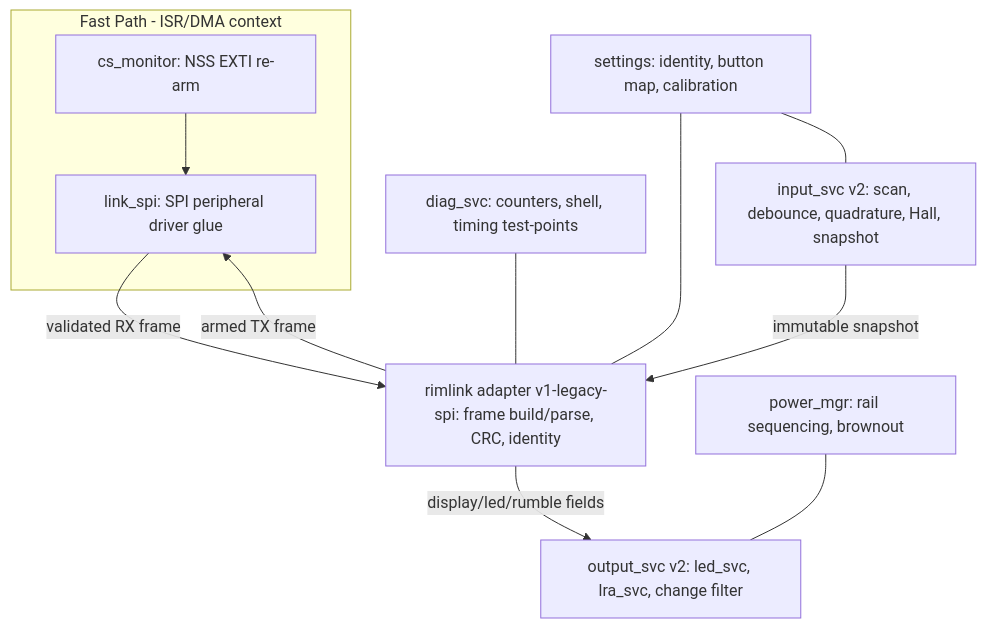
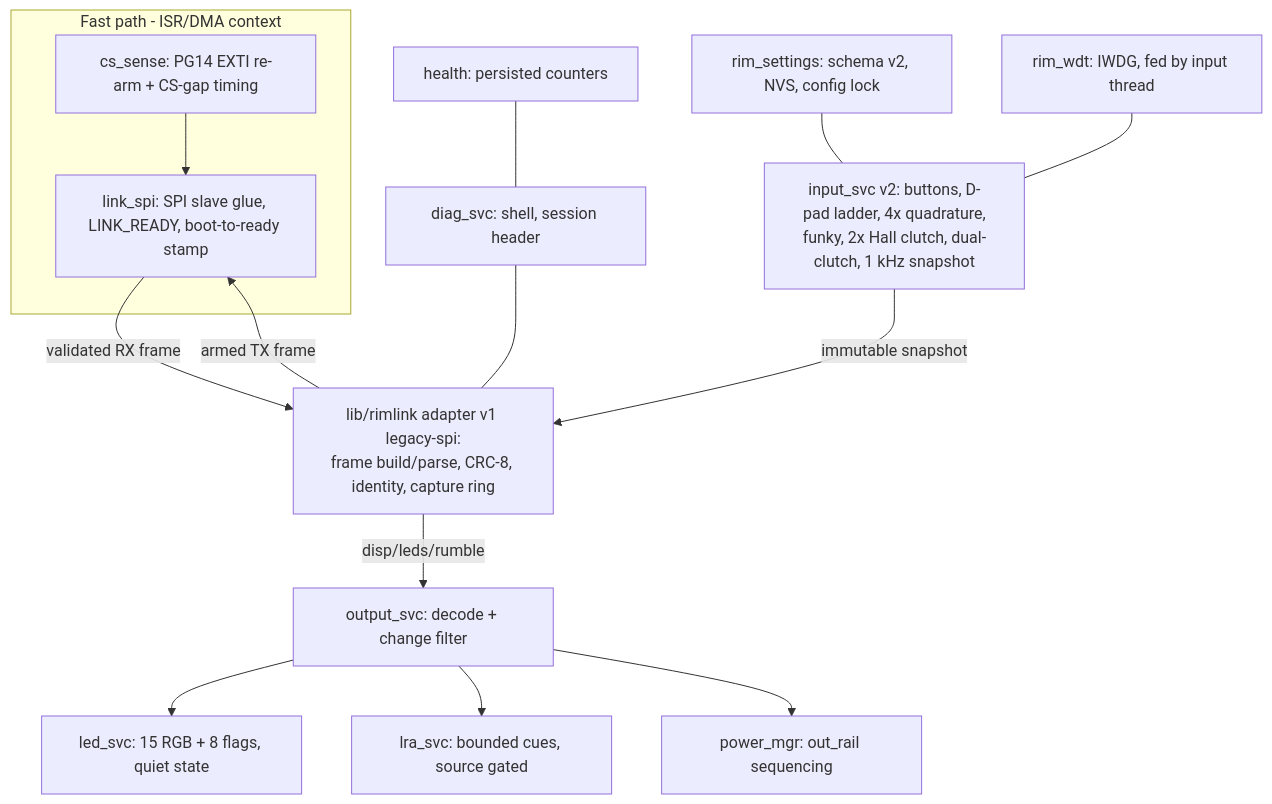
One commit to nguyentri/fanatec-wheel changed the diagram in docs/specs/steering_wheel_sw_spec.md. Above: the diagram before and after it, drawn with Mermaid. The commit also changed other lines of this file and 79 other files, not shown here.

````diff
--- a/docs/specs/steering_wheel_sw_spec.md
+++ b/docs/specs/steering_wheel_sw_spec.md
@@ -21,24 +30,31 @@
 ```mermaid
 flowchart TD
-    subgraph FastPath[Fast Path - ISR/DMA context]
-        LNK[link_spi: SPI peripheral driver glue]
-        CSI[cs_monitor: NSS EXTI re-arm]
+    subgraph FastPath[Fast path - ISR/DMA context]
+        LNK[link_spi: SPI slave glue, LINK_READY, boot-to-ready stamp]
+        CSI[cs_sense: PG14 EXTI re-arm + CS-gap timing]
     end
-    
-    ADP[rimlink adapter v1-legacy-spi: frame build/parse, CRC, identity]
-    INP[input_svc v2: scan, debounce, quadrature, Hall, snapshot]
-    OUT[output_svc v2: led_svc, lra_svc, change filter]
-    DIA[diag_svc: counters, shell, timing test-points]
-    KCF[settings: identity, button map, calibration]
-    PM[power_mgr: rail sequencing, brownout]
+
+    ADP[lib/rimlink adapter v1 legacy-spi:\nframe build/parse, CRC-8, identity, capture ring]
+    INP[input_svc v2: buttons, D-pad ladder, 4x quadrature,\nfunky, 2x Hall clutch, dual-clutch, 1 kHz snapshot]
+    OUT[output_svc: decode + change filter]
+    LED[led_svc: 15 RGB + 8 flags, quiet state]
+    LRA[lra_svc: bounded cues, source gated]
+    PWR[power_mgr: out_rail sequencing]
+    DIA[diag_svc: shell, session header]
+    HLT[health: persisted counters]
+    SET[rim_settings: schema v2, NVS, config lock]
+    WDT[rim_wdt: IWDG, fed by input thread]
 
     INP -->|immutable snapshot| ADP
     ADP -->|armed TX frame| LNK
     CSI --> LNK
     LNK -->|validated RX frame| ADP
-    ADP -->|display/led/rumble fields| OUT
-    PM --- OUT
+    ADP -->|disp/leds/rumble| OUT
+    OUT --> LED
+    OUT --> LRA
+    OUT --> PWR
+    SET --- INP
     DIA --- ADP
-    KCF --- ADP
-    KCF --- INP
+    HLT --- DIA
+    WDT --- INP
 ```
````
